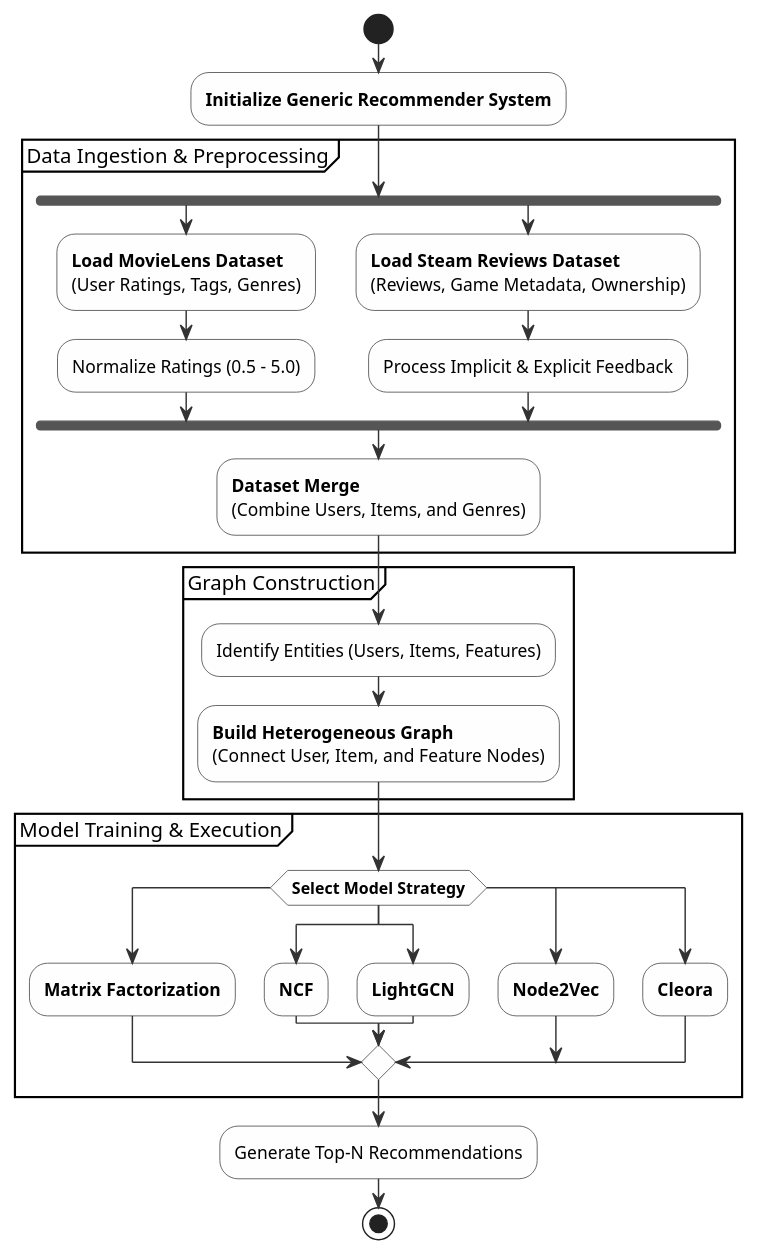
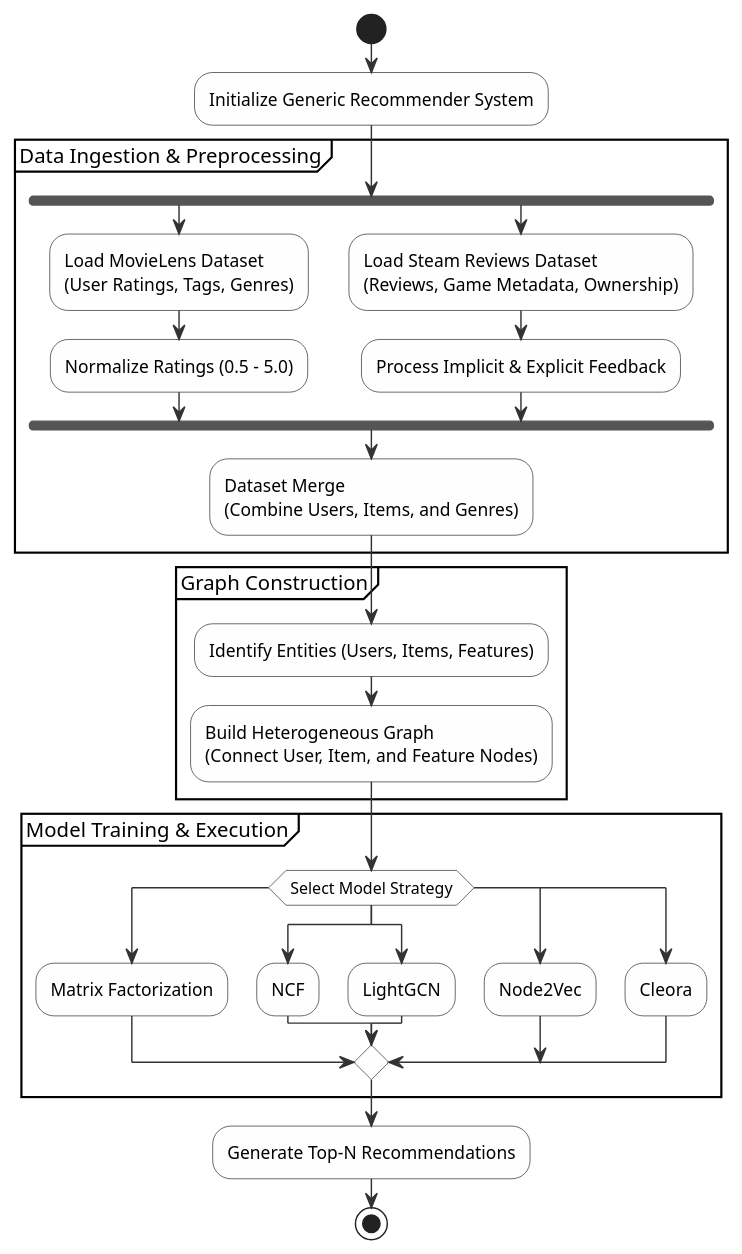
The diagram in docs/Milestone 4/system.plantuml (markopolo139/Generic-Recommender-Semantics-Put), drawn with PlantUML before and after one commit. The commit also changed 1 other file, not shown here.

Commit message:
remove bold text from UML diagrams

```diff
--- a/docs/Milestone 4/system.plantuml
+++ b/docs/Milestone 4/system.plantuml
@@ -1,53 +1,53 @@
 @startuml
 skinparam backgroundColor white
 skinparam activity {
   BackgroundColor #FEFEFE
   BorderColor #333333
   ArrowColor #333333
 }
 
 start
 
-:<b>Initialize Generic Recommender System</b>;
+:Initialize Generic Recommender System;
 
 partition "Data Ingestion & Preprocessing" {
     fork
-        :<b>Load MovieLens Dataset</b>
+        :Load MovieLens Dataset
         (User Ratings, Tags, Genres);
         :Normalize Ratings (0.5 - 5.0);
     fork again
-        :<b>Load Steam Reviews Dataset</b>
+        :Load Steam Reviews Dataset
         (Reviews, Game Metadata, Ownership);
         :Process Implicit & Explicit Feedback;
     end fork
 
-    :<b>Dataset Merge</b>
+    :Dataset Merge
     (Combine Users, Items, and Genres);
 }
 
 partition "Graph Construction" {
     :Identify Entities (Users, Items, Features);
-    :<b>Build Heterogeneous Graph</b>
+    :Build Heterogeneous Graph
     (Connect User, Item, and Feature Nodes);
 }
 
 partition "Model Training & Execution" {
-    switch ( <b>Select Model Strategy</b> )
+    switch ( Select Model Strategy )
     case (  )
-        :<b>Matrix Factorization</b>;
+        :Matrix Factorization;
     case (  )
-        :<b>NCF</b>;
+        :NCF;
     case (  )
-        :<b>LightGCN</b>;
+        :LightGCN;
     case (  )
-        :<b>Node2Vec</b>;
+        :Node2Vec;
     case (  )
-        :<b>Cleora</b>;
+        :Cleora;
     endswitch
 }
 
 :Generate Top-N Recommendations;
 
 
 stop
 @enduml
```
